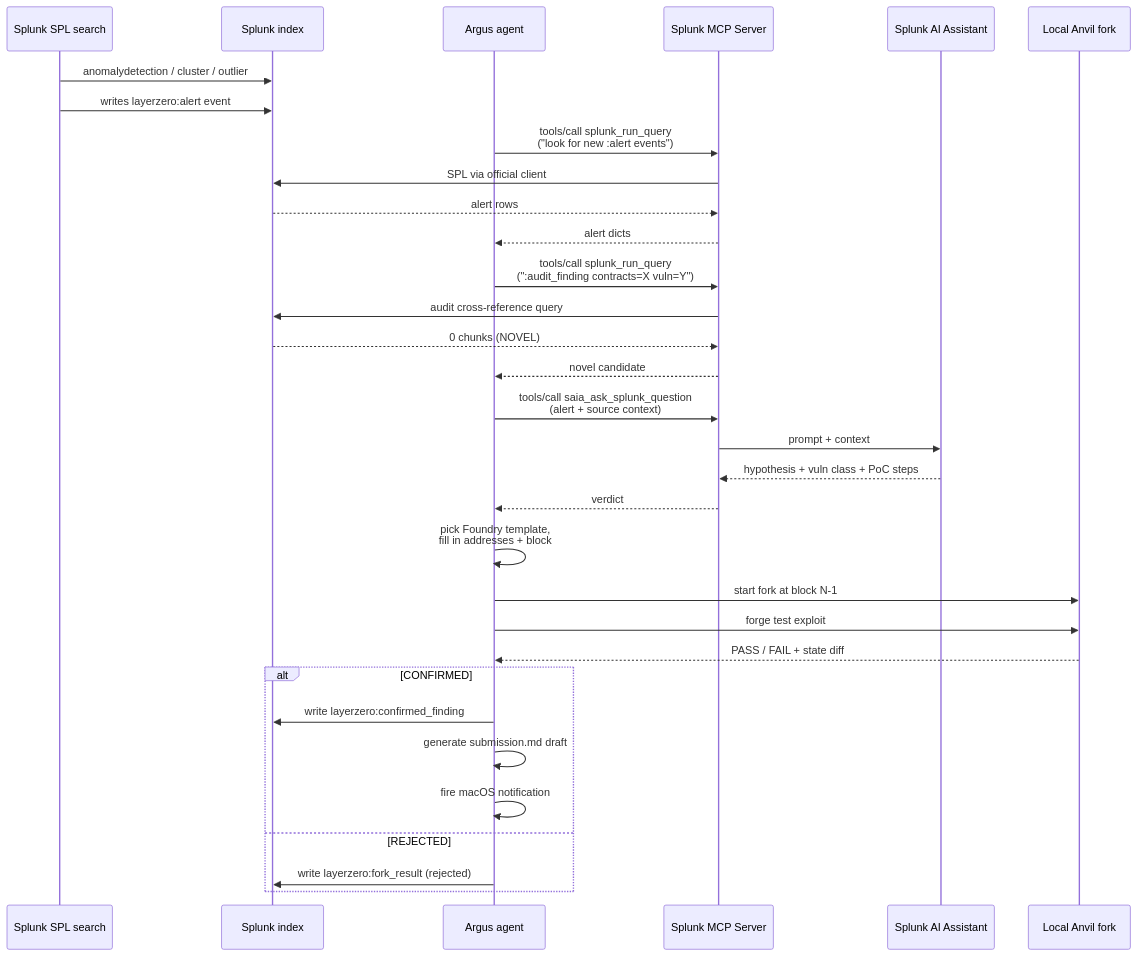
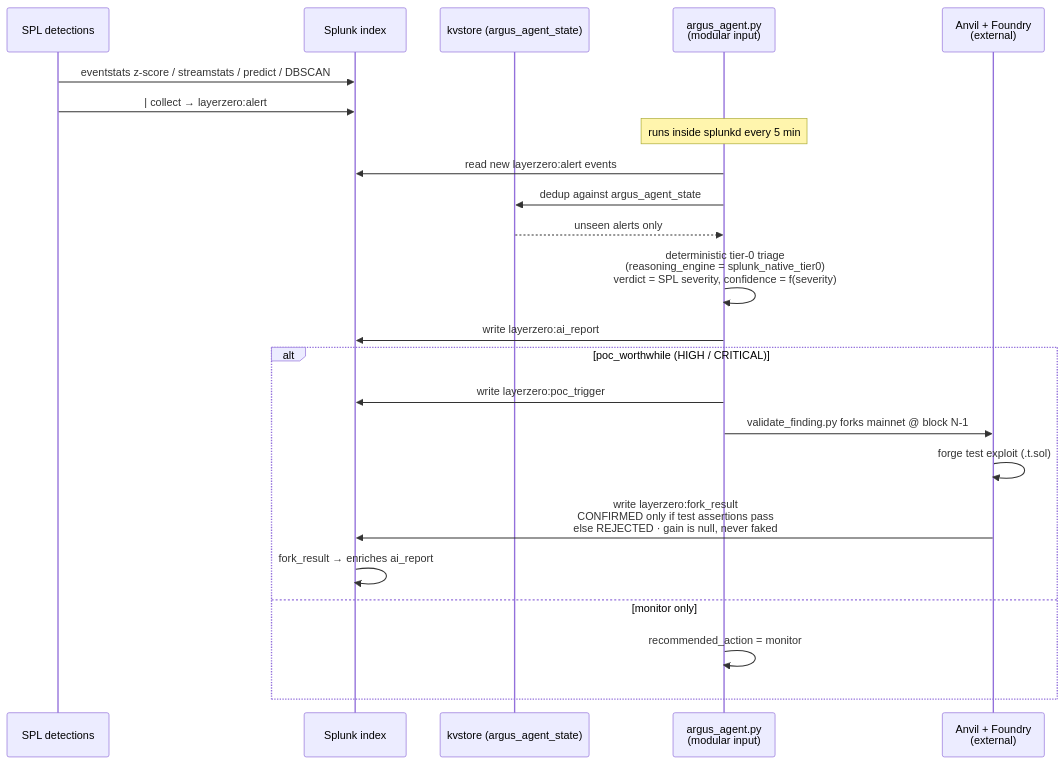
The second of 2 diagrams in ARCHITECTURE.md (Alexander-Sorrell-IT/argus), drawn with Mermaid before and after one commit. The commit also changed other lines of this file and 89 other files, not shown here.

Commit message:
Argus: Splunk-native security ops for cross-chain DeFi — hackathon submission prep

````diff
--- a/ARCHITECTURE.md
+++ b/ARCHITECTURE.md
@@ -80,39 +119,26 @@
 ```mermaid
 sequenceDiagram
-    participant SPL as Splunk SPL search
+    participant SPL as SPL detections
     participant Idx as Splunk index
-    participant Agent as Argus agent
-    participant MCP as Splunk MCP Server
-    participant SAIA as Splunk AI Assistant
-    participant Anvil as Local Anvil fork
+    participant KV as kvstore (argus_agent_state)
+    participant Agent as argus_agent.py<br/>(modular input)
+    participant Anvil as Anvil + Foundry<br/>(external)
 
-    SPL->>Idx: anomalydetection / cluster / outlier
-    SPL->>Idx: writes layerzero:alert event
-    Agent->>MCP: tools/call splunk_run_query<br/>("look for new :alert events")
-    MCP->>Idx: SPL via official client
-    Idx-->>MCP: alert rows
-    MCP-->>Agent: alert dicts
-
-    Agent->>MCP: tools/call splunk_run_query<br/>(":audit_finding contracts=X vuln=Y")
-    MCP->>Idx: audit cross-reference query
-    Idx-->>MCP: 0 chunks (NOVEL)
-    MCP-->>Agent: novel candidate
-
-    Agent->>MCP: tools/call saia_ask_splunk_question<br/>(alert + source context)
-    MCP->>SAIA: prompt + context
-    SAIA-->>MCP: hypothesis + vuln class + PoC steps
-    MCP-->>Agent: verdict
-
-    Agent->>Agent: pick Foundry template,<br/>fill in addresses + block
-    Agent->>Anvil: start fork at block N-1
-    Agent->>Anvil: forge test exploit
-    Anvil-->>Agent: PASS / FAIL + state diff
-
-    alt CONFIRMED
-        Agent->>Idx: write layerzero:confirmed_finding
-        Agent->>Agent: generate submission.md draft
-        Agent->>Agent: fire macOS notification
-    else REJECTED
-        Agent->>Idx: write layerzero:fork_result (rejected)
+    SPL->>Idx: eventstats z-score / streamstats / predict / DBSCAN
+    SPL->>Idx: | collect → layerzero:alert
+    Note over Agent: runs inside splunkd every 5 min
+    Agent->>Idx: read new layerzero:alert events
+    Agent->>KV: dedup against argus_agent_state
+    KV-->>Agent: unseen alerts only
+    Agent->>Agent: deterministic tier-0 triage<br/>(reasoning_engine = splunk_native_tier0)<br/>verdict = SPL severity, confidence = f(severity)
+    Agent->>Idx: write layerzero:ai_report
+    alt poc_worthwhile (HIGH / CRITICAL)
+        Agent->>Idx: write layerzero:poc_trigger
+        Agent->>Anvil: validate_finding.py forks mainnet @ block N-1
+        Anvil->>Anvil: forge test exploit (.t.sol)
+        Anvil->>Idx: write layerzero:fork_result<br/>CONFIRMED only if test assertions pass<br/>else REJECTED · gain is null, never faked
+        Idx->>Idx: fork_result → enriches ai_report
+    else monitor only
+        Agent->>Agent: recommended_action = monitor
     end
 ```
````
